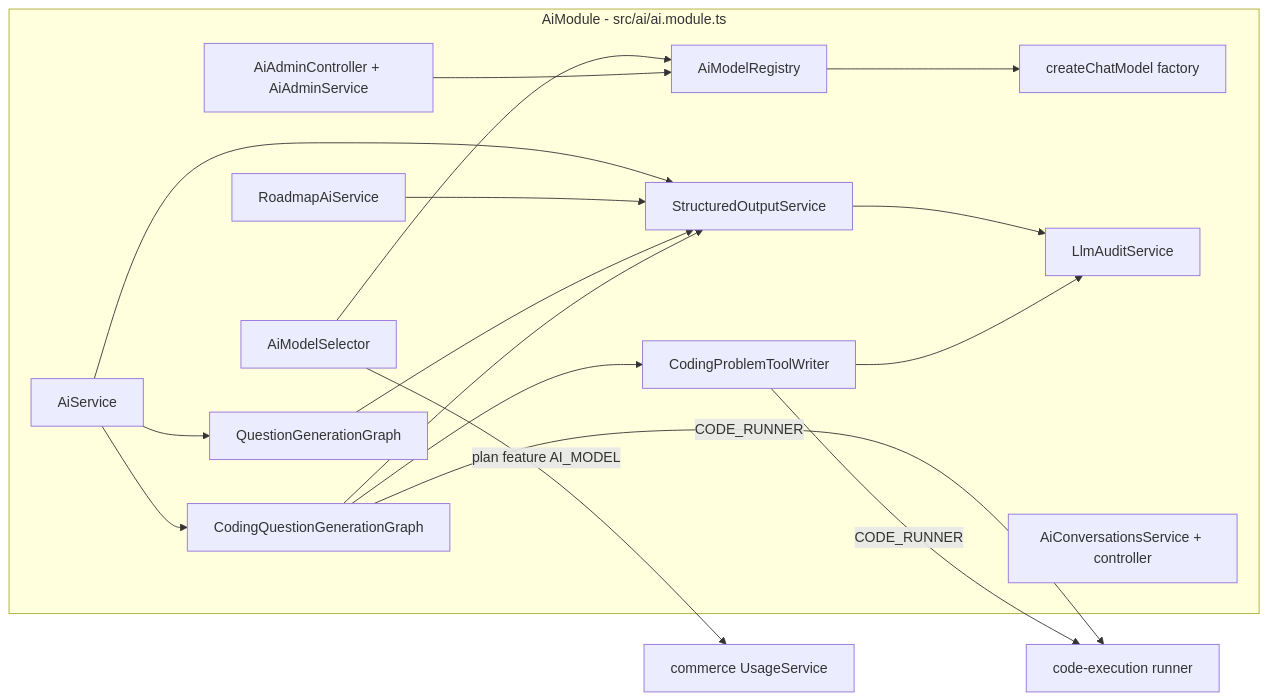
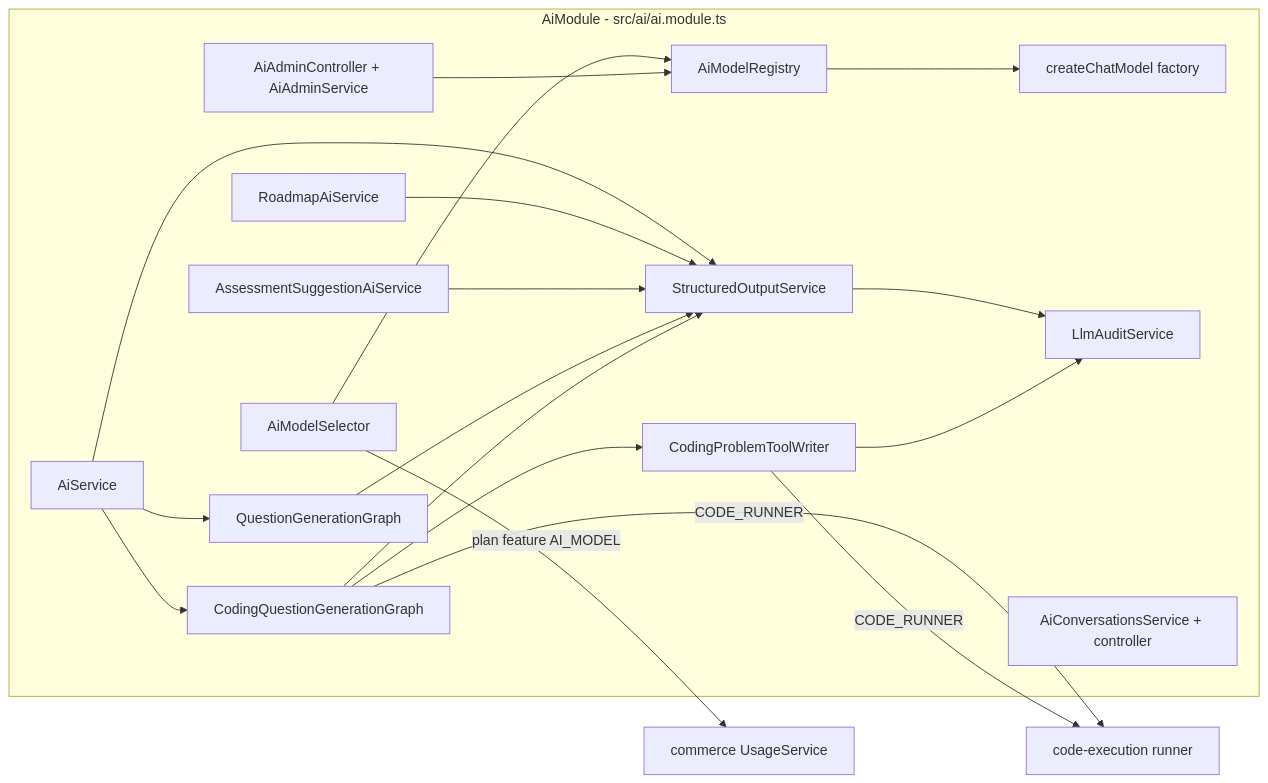
Before and after one commit to sharma-dikshant/TestFlow-Docs: the first of 5 diagrams in docs/hld-design/ai.md, drawn with Mermaid. The commit also changed other lines of this file and 4 other files, not shown here.

Commit message:
feat: add ai assessment suggestion docs

````diff
--- a/docs/hld-design/ai.md
+++ b/docs/hld-design/ai.md
@@ -40,32 +40,34 @@
 ```mermaid
 flowchart LR
     subgraph AiModule["AiModule - src/ai/ai.module.ts"]
         REG["AiModelRegistry"]
         SEL["AiModelSelector"]
         FAC["createChatModel factory"]
         SO["StructuredOutputService"]
         QG["QuestionGenerationGraph"]
         CG["CodingQuestionGenerationGraph"]
         TW["CodingProblemToolWriter"]
         AIS["AiService"]
         RAI["RoadmapAiService"]
+        SUG["AssessmentSuggestionAiService"]
         AUD["LlmAuditService"]
         ADM["AiAdminController + AiAdminService"]
         CONV["AiConversationsService + controller"]
     end
     SEL --> REG
     REG --> FAC
     AIS --> QG
     AIS --> CG
     AIS --> SO
     RAI --> SO
+    SUG --> SO
     QG --> SO
     CG --> SO
     CG --> TW
     SO --> AUD
     TW --> AUD
     ADM --> REG
     SEL -->|"plan feature AI_MODEL"| USAGE["commerce UsageService"]
     CG -->|"CODE_RUNNER"| RUN["code-execution runner"]
     TW -->|"CODE_RUNNER"| RUN
 ```
````
